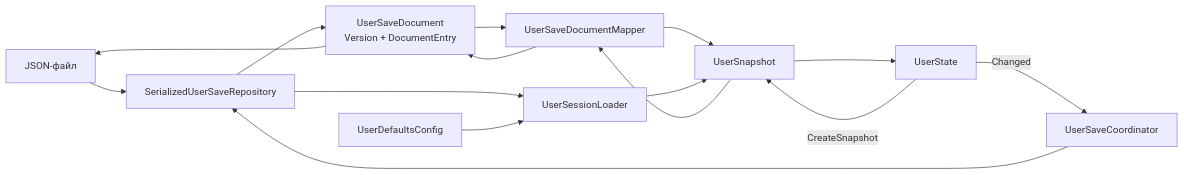
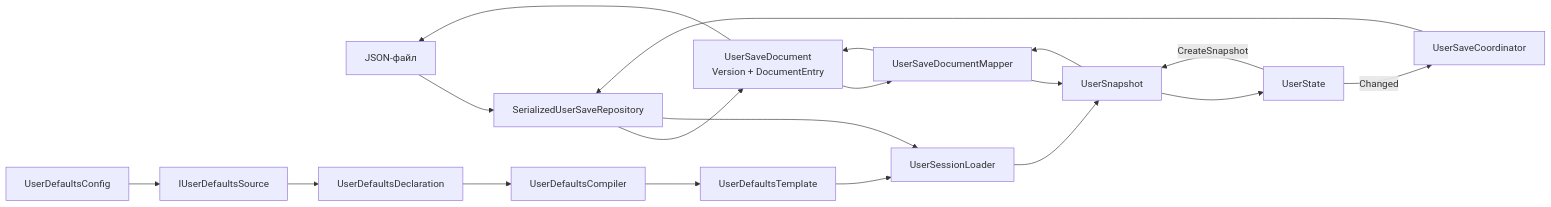
The third of 3 diagrams in Documentation/Architecture/Game-And-User-Data.md (SmailikMailik/ll-test), drawn with Mermaid before and after one commit. The commit also changed other lines of this file and 30 other files, not shown here.

Commit message:
Add replaceable user defaults pipeline

````diff
--- a/Documentation/Architecture/Game-And-User-Data.md
+++ b/Documentation/Architecture/Game-And-User-Data.md
@@ -189,27 +189,35 @@
 ```mermaid
 flowchart LR
     Storage["JSON-файл"]
     Repository["SerializedUserSaveRepository"]
     Document["UserSaveDocument<br/>Version + DocumentEntry"]
     Mapper["UserSaveDocumentMapper"]
     Snapshot["UserSnapshot"]
     Loader["UserSessionLoader"]
-    Defaults["UserDefaultsConfig"]
+    Config["UserDefaultsConfig"]
+    Source["IUserDefaultsSource"]
+    Declaration["UserDefaultsDeclaration"]
+    Compiler["UserDefaultsCompiler"]
+    Defaults["UserDefaultsTemplate"]
     State["UserState"]
     Coordinator["UserSaveCoordinator"]
 
     Storage --> Repository
     Repository --> Document
     Document --> Mapper
     Mapper --> Snapshot
     Repository --> Loader
+    Config --> Source
+    Source --> Declaration
+    Declaration --> Compiler
+    Compiler --> Defaults
     Defaults --> Loader
     Loader --> Snapshot
     Snapshot --> State
     State -- Changed --> Coordinator
     Coordinator --> Repository
     State -- CreateSnapshot --> Snapshot
     Snapshot --> Mapper
     Mapper --> Document
     Document --> Storage
 ```
````
